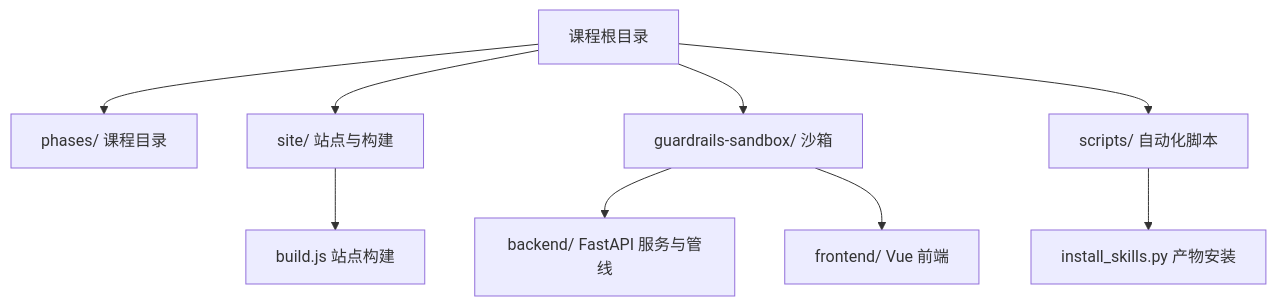
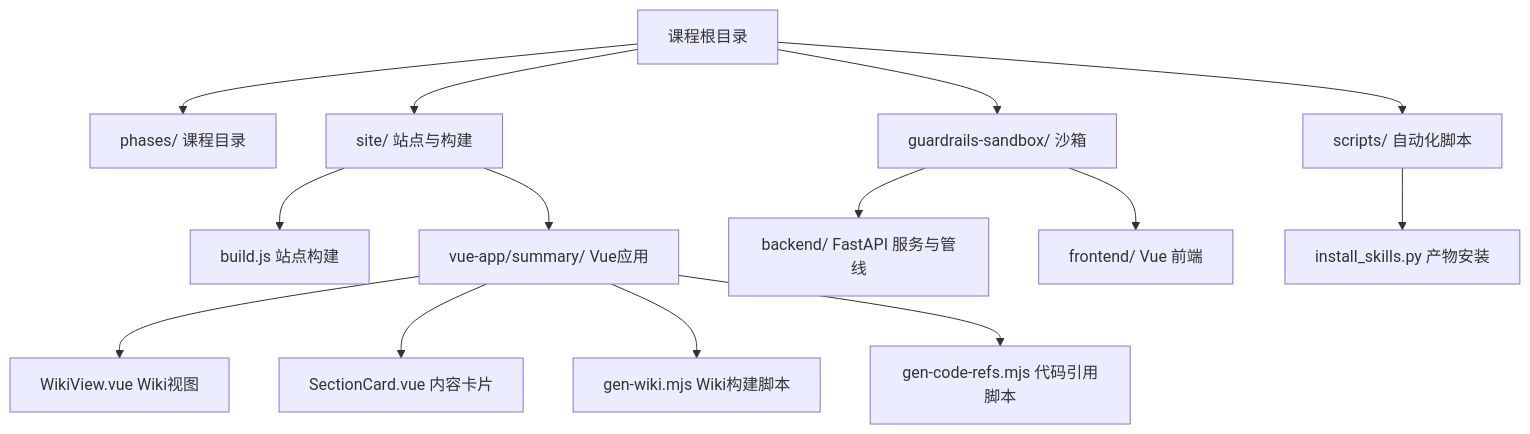
The first of 9 diagrams in .qoder/repowiki/zh/content/项目概述/仓库Wiki系统.md (king-l6/agent_application_development), drawn with Mermaid before and after one commit. The commit also changed other lines of this file and 425 other files, not shown here.

````diff
--- a/.qoder/repowiki/zh/content/项目概述/仓库Wiki系统.md
+++ b/.qoder/repowiki/zh/content/项目概述/仓库Wiki系统.md
@@ -41,11 +58,16 @@
 ```mermaid
 graph TB
 A["课程根目录"] --> B["phases/ 课程目录"]
 A --> C["site/ 站点与构建"]
 A --> D["guardrails-sandbox/ 沙箱"]
 A --> E["scripts/ 自动化脚本"]
+C --> C1["build.js 站点构建"]
+C --> C2["vue-app/summary/ Vue应用"]
+C2 --> C2a["WikiView.vue Wiki视图"]
+C2 --> C2b["SectionCard.vue 内容卡片"]
+C2 --> C2c["gen-wiki.mjs Wiki构建脚本"]
+C2 --> C2d["gen-code-refs.mjs 代码引用脚本"]
 D --> D1["backend/ FastAPI 服务与管线"]
 D --> D2["frontend/ Vue 前端"]
-C --> C1["build.js 站点构建"]
 E --> E1["install_skills.py 产物安装"]
 ```
````
